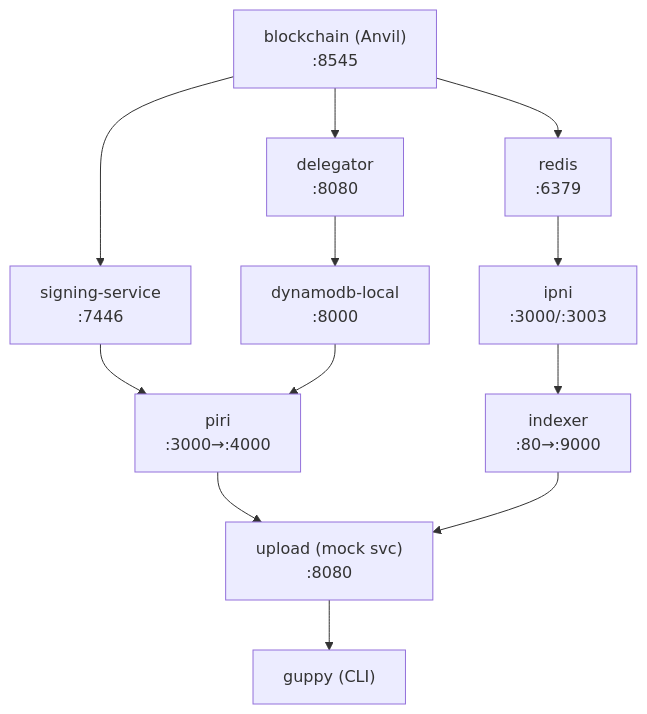
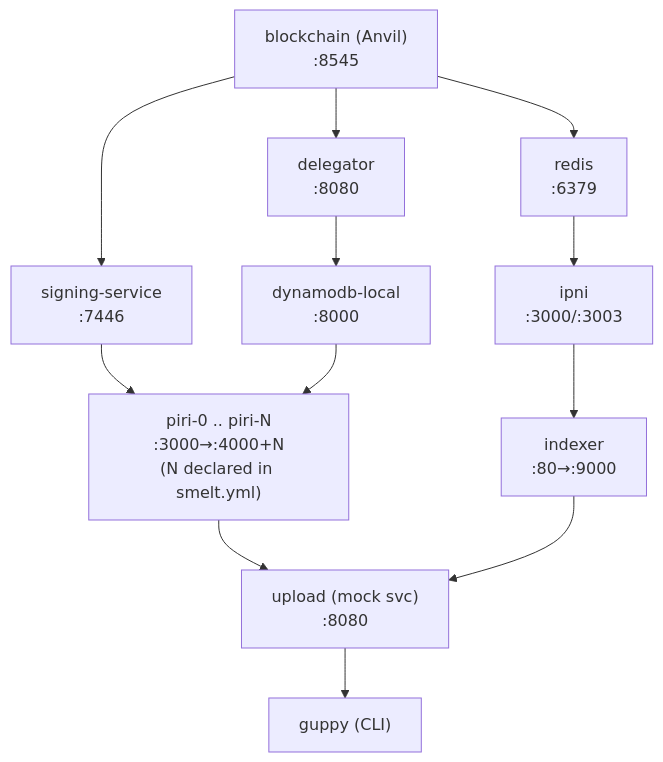
The first of 12 diagrams in smelt/docs/ARCHITECTURE.md (fil-forge/forge), drawn with Mermaid before and after one commit. The commit also changed other lines of this file and 40 other files, not shown here.

````diff
--- a/smelt/docs/ARCHITECTURE.md
+++ b/smelt/docs/ARCHITECTURE.md
@@ -59,20 +59,20 @@
 ```mermaid
 flowchart TB
     blockchain["blockchain (Anvil)<br/>:8545"]
 
     blockchain --> signing["signing-service<br/>:7446"]
     blockchain --> delegator["delegator<br/>:8080"]
     blockchain --> redis["redis<br/>:6379"]
 
     delegator --> dynamodb["dynamodb-local<br/>:8000"]
     redis --> ipni["ipni<br/>:3000/:3003"]
 
-    signing --> piri["piri<br/>:3000→:4000"]
+    signing --> piri["piri-0 .. piri-N<br/>:3000→:4000+N<br/>(N declared in smelt.yml)"]
     dynamodb --> piri
     ipni --> indexer["indexer<br/>:80→:9000"]
 
     piri --> upload["upload (mock svc)<br/>:8080"]
     indexer --> upload
 
     upload --> guppy["guppy (CLI)"]
 ```
````
